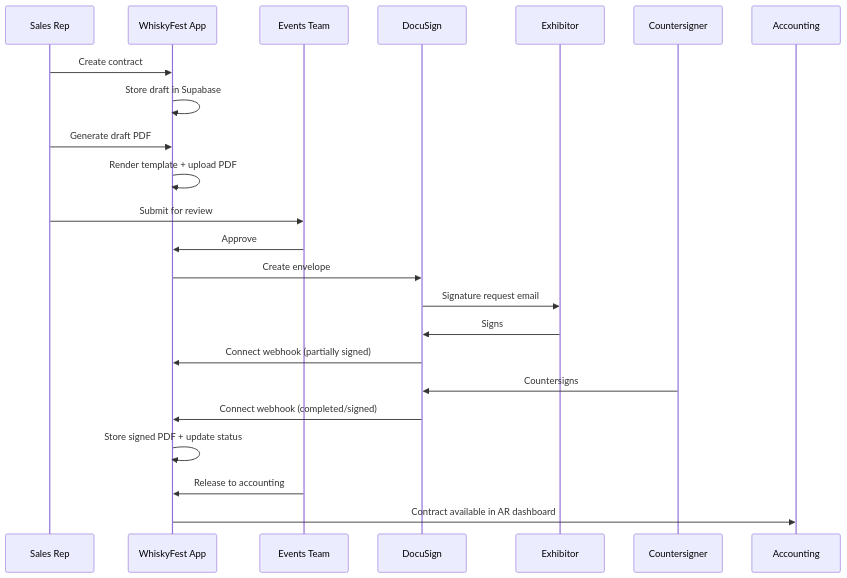
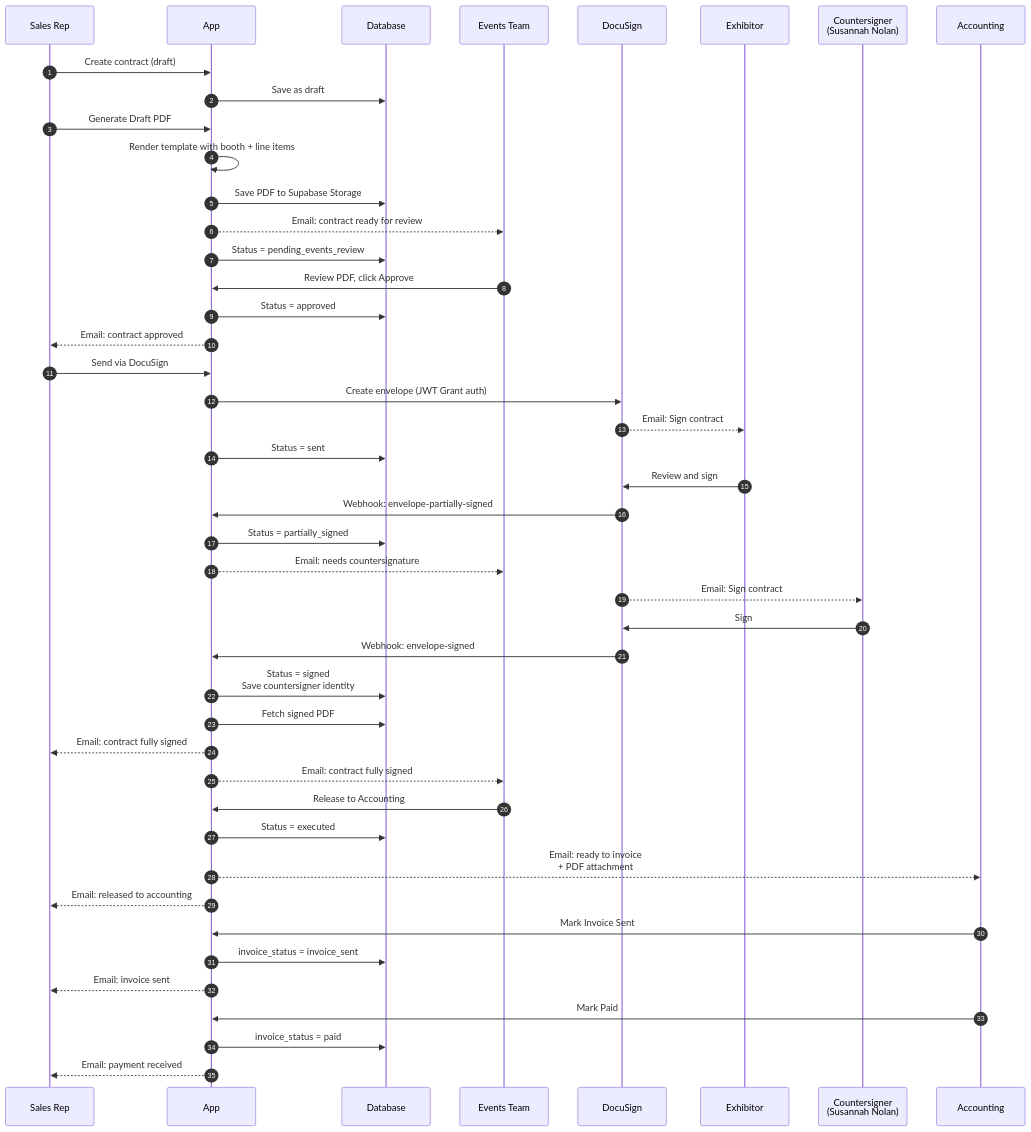
The second of 7 diagrams in docs/WORKFLOW.md (mcapace/whiskyfest-contracts), drawn with Mermaid before and after one commit. The commit also changed other lines of this file, not shown here.

First line of the commit message:
docs: Add contract workflow documentation with Mermaid diagrams

````diff
--- a/docs/WORKFLOW.md
+++ b/docs/WORKFLOW.md
@@ -32,26 +67,55 @@
 ```mermaid
 sequenceDiagram
-  participant SR as Sales Rep
-  participant APP as WhiskyFest App
-  participant EV as Events Team
-  participant DS as DocuSign
-  participant EX as Exhibitor
-  participant CS as Countersigner
-  participant AC as Accounting
-
-  SR->>APP: Create contract
-  APP->>APP: Store draft in Supabase
-  SR->>APP: Generate draft PDF
-  APP->>APP: Render template + upload PDF
-  SR->>EV: Submit for review
-  EV->>APP: Approve
-  APP->>DS: Create envelope
-  DS->>EX: Signature request email
-  EX->>DS: Signs
-  DS->>APP: Connect webhook (partially signed)
-  CS->>DS: Countersigns
-  DS->>APP: Connect webhook (completed/signed)
-  APP->>APP: Store signed PDF + update status
-  EV->>APP: Release to accounting
-  APP->>AC: Contract available in AR dashboard
+    autonumber
+    participant Rep as Sales Rep
+    participant App
+    participant DB as Database
+    participant Events as Events Team
+    participant DocuSign
+    participant Exhibitor
+    participant Countersigner as Countersigner<br/>(Susannah Nolan)
+    participant Accounting
+    
+    Rep->>App: Create contract (draft)
+    App->>DB: Save as draft
+    Rep->>App: Generate Draft PDF
+    App->>App: Render template with booth + line items
+    App->>DB: Save PDF to Supabase Storage
+    App-->>Events: Email: contract ready for review
+    App->>DB: Status = pending_events_review
+    
+    Events->>App: Review PDF, click Approve
+    App->>DB: Status = approved
+    App-->>Rep: Email: contract approved
+    
+    Rep->>App: Send via DocuSign
+    App->>DocuSign: Create envelope (JWT Grant auth)
+    DocuSign-->>Exhibitor: Email: Sign contract
+    App->>DB: Status = sent
+    
+    Exhibitor->>DocuSign: Review and sign
+    DocuSign->>App: Webhook: envelope-partially-signed
+    App->>DB: Status = partially_signed
+    App-->>Events: Email: needs countersignature
+    DocuSign-->>Countersigner: Email: Sign contract
+    
+    Countersigner->>DocuSign: Sign
+    DocuSign->>App: Webhook: envelope-signed
+    App->>DB: Status = signed<br/>Save countersigner identity
+    App->>DB: Fetch signed PDF
+    App-->>Rep: Email: contract fully signed
+    App-->>Events: Email: contract fully signed
+    
+    Events->>App: Release to Accounting
+    App->>DB: Status = executed
+    App-->>Accounting: Email: ready to invoice<br/>+ PDF attachment
+    App-->>Rep: Email: released to accounting
+    
+    Accounting->>App: Mark Invoice Sent
+    App->>DB: invoice_status = invoice_sent
+    App-->>Rep: Email: invoice sent
+    
+    Accounting->>App: Mark Paid
+    App->>DB: invoice_status = paid
+    App-->>Rep: Email: payment received
 ```
````
